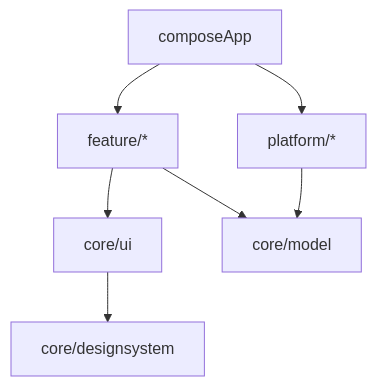
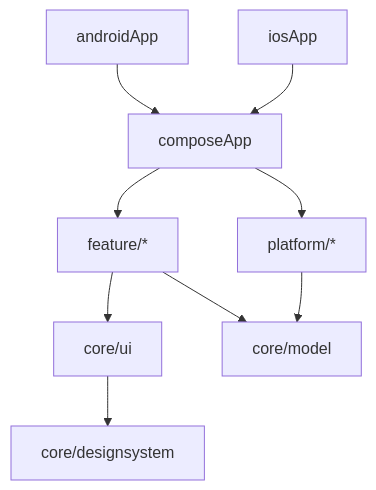
One commit to Studio-Ham/ICEC-KMP changed the diagram in docs/architecture/module-boundaries.md. Above: the diagram before and after it, drawn with Mermaid. The commit also changed other lines of this file and 33 other files, not shown here.

First line of the commit message:
build: bootstrap minimal Android/iOS Compose Multiplatform skeleton (#7)

````diff
--- a/docs/architecture/module-boundaries.md
+++ b/docs/architecture/module-boundaries.md
@@ -42,9 +46,11 @@
 ```mermaid
 flowchart TD
-    App["composeApp"] --> Feature["feature/*"]
+    Android["androidApp"] --> App["composeApp"]
+    IOS["iosApp"] --> App
+    App --> Feature["feature/*"]
     App --> Platform["platform/*"]
     Feature --> CoreUI["core/ui"]
     Feature --> CoreModel["core/model"]
     CoreUI --> DesignSystem["core/designsystem"]
     Platform --> CoreModel
 ```
````
